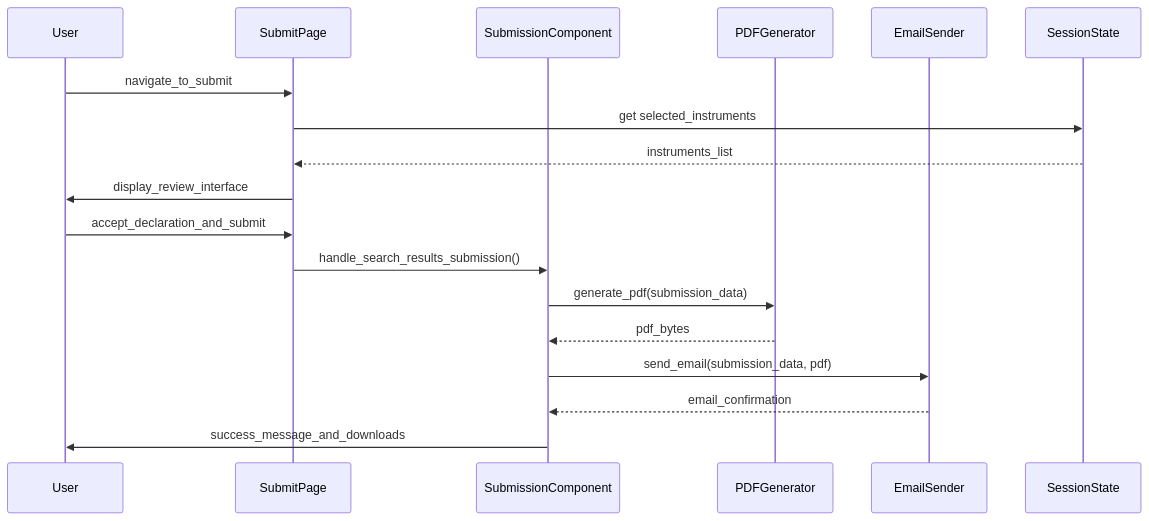
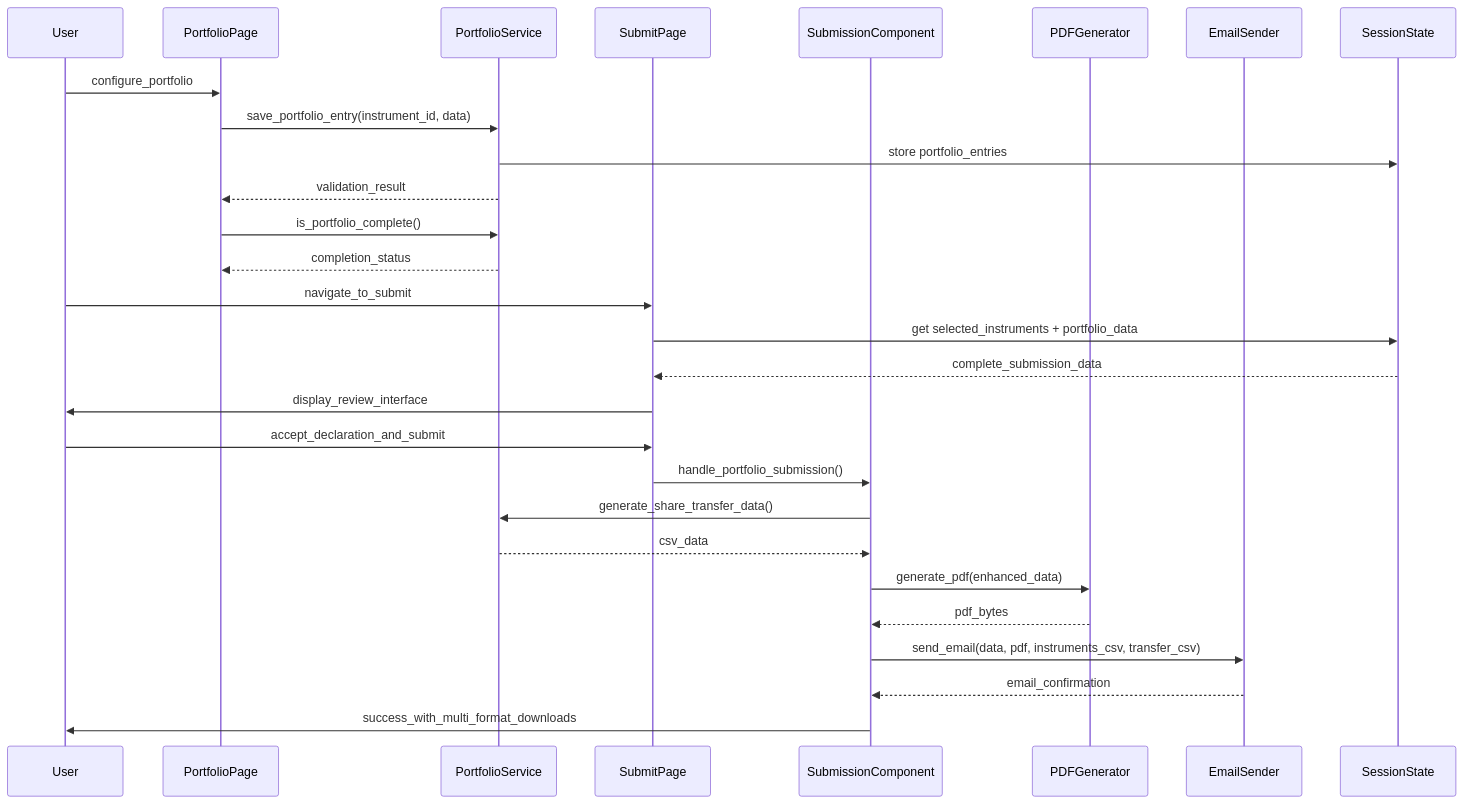
One commit to donkruger/share_transfer_template changed the sixth of 6 diagrams in README.md. Above: the diagram before and after it, drawn with Mermaid. The commit also changed other lines of this file and 9 other files, not shown here.

````diff
--- a/README.md
+++ b/README.md
@@ -573,21 +684,31 @@
 ```mermaid
 sequenceDiagram
     participant U as User
+    participant PP as PortfolioPage
+    participant PS as PortfolioService
     participant SP as SubmitPage
     participant SC as SubmissionComponent
     participant PG as PDFGenerator
     participant ES as EmailSender
     participant SS as SessionState
     
+    U->>PP: configure_portfolio
+    PP->>PS: save_portfolio_entry(instrument_id, data)
+    PS->>SS: store portfolio_entries
+    PS-->>PP: validation_result
+    PP->>PS: is_portfolio_complete()
+    PS-->>PP: completion_status
     U->>SP: navigate_to_submit
-    SP->>SS: get selected_instruments
-    SS-->>SP: instruments_list
+    SP->>SS: get selected_instruments + portfolio_data
+    SS-->>SP: complete_submission_data
     SP->>U: display_review_interface
     U->>SP: accept_declaration_and_submit
-    SP->>SC: handle_search_results_submission()
-    SC->>PG: generate_pdf(submission_data)
+    SP->>SC: handle_portfolio_submission()
+    SC->>PS: generate_share_transfer_data()
+    PS-->>SC: csv_data
+    SC->>PG: generate_pdf(enhanced_data)
     PG-->>SC: pdf_bytes
-    SC->>ES: send_email(submission_data, pdf)
+    SC->>ES: send_email(data, pdf, instruments_csv, transfer_csv)
     ES-->>SC: email_confirmation
-    SC->>U: success_message_and_downloads
+    SC->>U: success_with_multi_format_downloads
 ```
````
